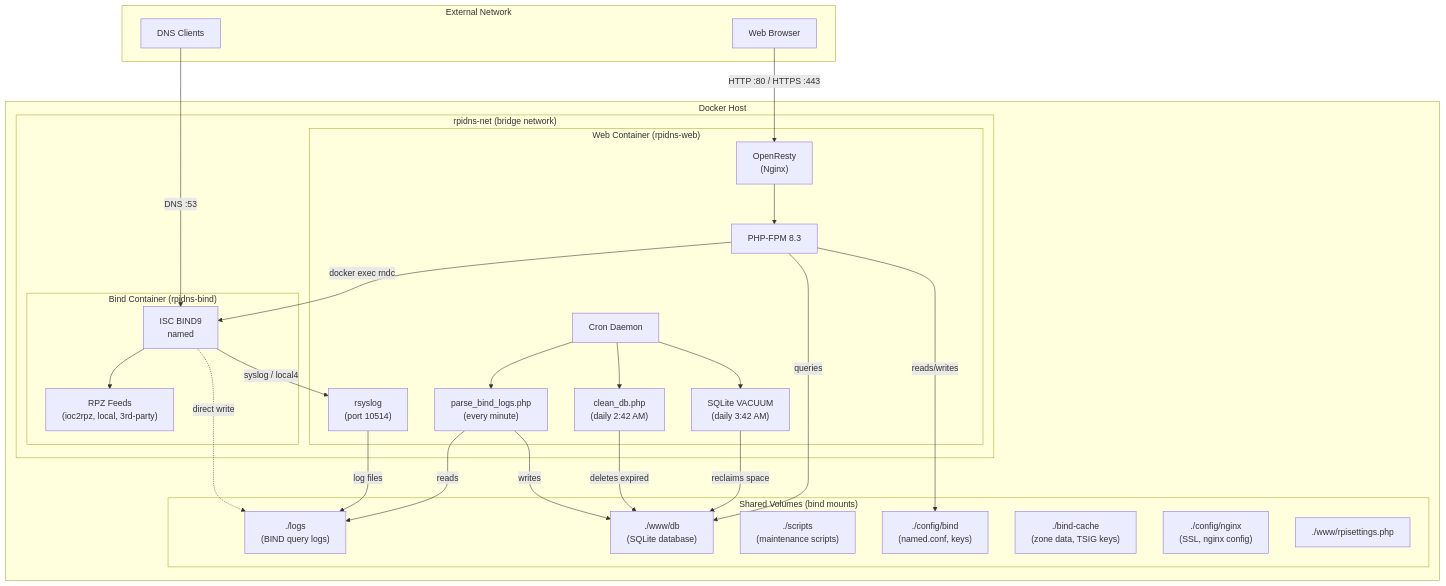
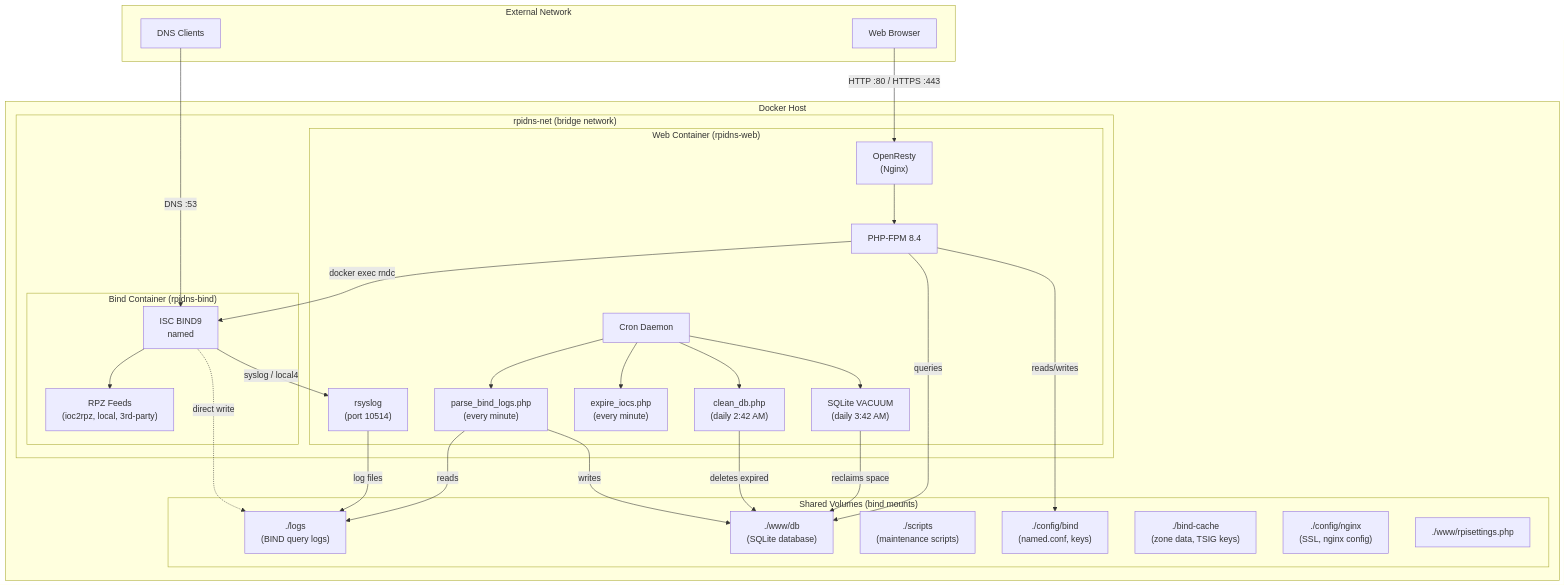
The diagram in docs/architecture.md (Homas/RpiDNS), drawn with Mermaid before and after one commit. The commit also changed other lines of this file and 8 other files, not shown here.

````diff
--- a/docs/architecture.md
+++ b/docs/architecture.md
@@ -207,56 +215,58 @@
 ```mermaid
 graph TB
     subgraph External["External Network"]
         Client["DNS Clients"]
         Browser["Web Browser"]
     end
 
     subgraph Docker["Docker Host"]
         subgraph Net["rpidns-net (bridge network)"]
             subgraph BindC["Bind Container (rpidns-bind)"]
                 Named["ISC BIND9<br/>named"]
                 RPZ["RPZ Feeds<br/>(ioc2rpz, local, 3rd-party)"]
                 Named --> RPZ
             end
 
             subgraph WebC["Web Container (rpidns-web)"]
                 Nginx["OpenResty<br/>(Nginx)"]
-                PHP["PHP-FPM 8.3"]
+                PHP["PHP-FPM 8.4"]
                 RSyslog["rsyslog<br/>(port 10514)"]
                 Cron["Cron Daemon"]
                 Parser["parse_bind_logs.php<br/>(every minute)"]
+                Expirer["expire_iocs.php<br/>(every minute)"]
                 Cleaner["clean_db.php<br/>(daily 2:42 AM)"]
                 Vacuum["SQLite VACUUM<br/>(daily 3:42 AM)"]
 
                 Nginx --> PHP
                 Cron --> Parser
+                Cron --> Expirer
                 Cron --> Cleaner
                 Cron --> Vacuum
             end
         end
 
         subgraph Volumes["Shared Volumes (bind mounts)"]
             Logs["./logs<br/>(BIND query logs)"]
             DB["./www/db<br/>(SQLite database)"]
             Scripts["./scripts<br/>(maintenance scripts)"]
             BindConf["./config/bind<br/>(named.conf, keys)"]
             BindCache["./bind-cache<br/>(zone data, TSIG keys)"]
             NginxConf["./config/nginx<br/>(SSL, nginx config)"]
             Settings["./www/rpisettings.php"]
         end
     end
 
     Client -->|"DNS :53"| Named
     Browser -->|"HTTP :80 / HTTPS :443"| Nginx
     Named -->|"syslog / local4"| RSyslog
     Named -.->|"direct write"| Logs
     RSyslog -->|"log files"| Logs
     Parser -->|"reads"| Logs
     Parser -->|"writes"| DB
     Cleaner -->|"deletes expired"| DB
     Vacuum -->|"reclaims space"| DB
     PHP -->|"queries"| DB
     PHP -->|"reads/writes"| BindConf
     PHP -->|"docker exec rndc"| Named
 
 ```
````
